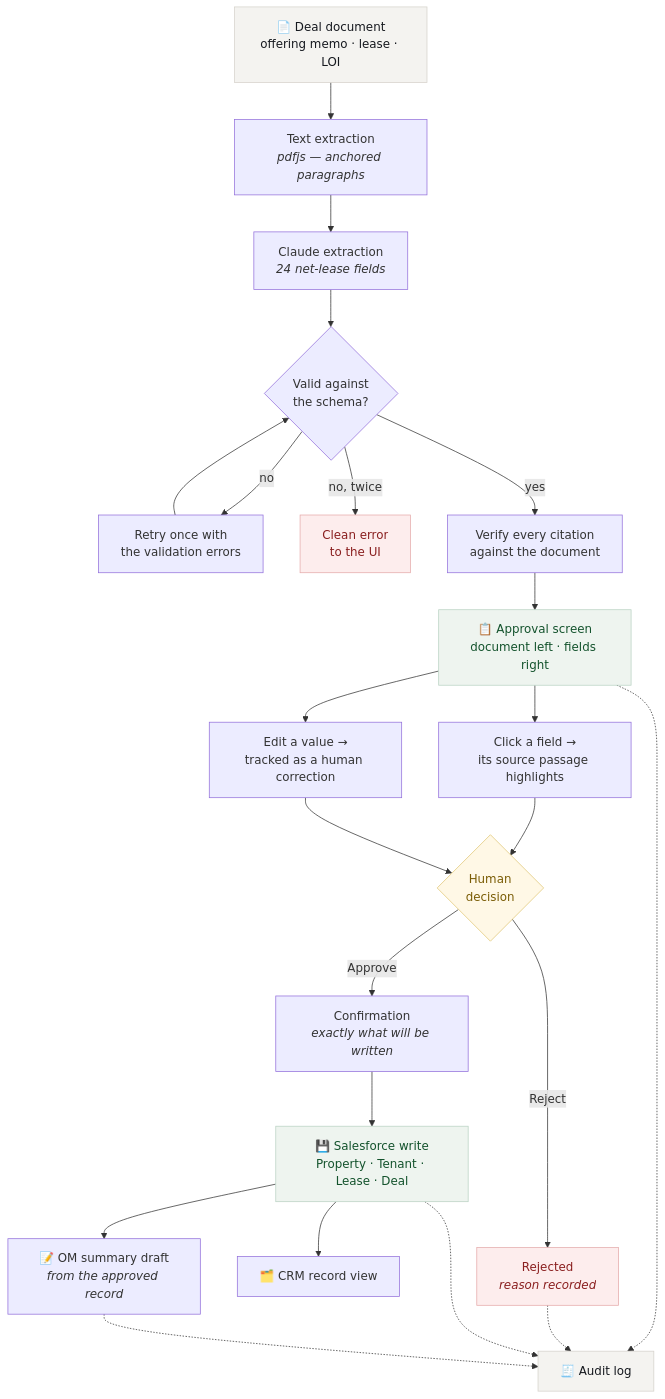
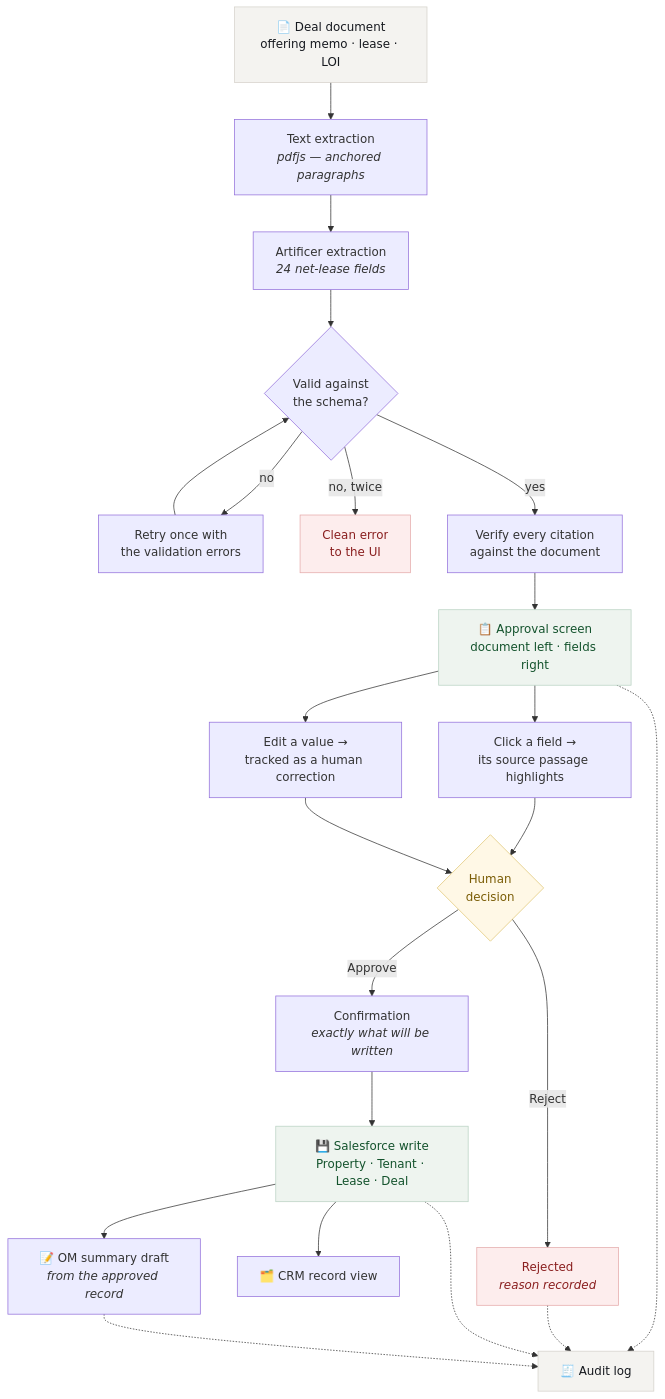
The first of 2 diagrams in README.md (sjzavala/artificer), drawn with Mermaid before and after one commit. The commit also changed other lines of this file and 21 other files, not shown here.

````diff
--- a/README.md
+++ b/README.md
@@ -16,35 +16,35 @@
 ```mermaid
 flowchart TD
     A["📄 Deal document<br/>offering memo · lease · LOI"] --> B["Text extraction<br/><i>pdfjs — anchored paragraphs</i>"]
-    B --> C["Claude extraction<br/><i>24 net-lease fields</i>"]
+    B --> C["Artificer extraction<br/><i>24 net-lease fields</i>"]
     C --> D{"Valid against<br/>the schema?"}
     D -- no --> E["Retry once with<br/>the validation errors"]
     E --> D
     D -- "no, twice" --> F["Clean error<br/>to the UI"]
     D -- yes --> G["Verify every citation<br/>against the document"]
     G --> H["📋 Approval screen<br/>document left · fields right"]
 
     H --> I["Click a field →<br/>its source passage highlights"]
     H --> J["Edit a value →<br/>tracked as a human correction"]
     I --> K{"Human<br/>decision"}
     J --> K
 
     K -- Reject --> L["Rejected<br/><i>reason recorded</i>"]
     K -- Approve --> M["Confirmation<br/><i>exactly what will be written</i>"]
     M --> N["💾 Salesforce write<br/>Property · Tenant · Lease · Deal"]
     N --> O["🗂️ CRM record view"]
     N --> P["📝 OM summary draft<br/><i>from the approved record</i>"]
 
     H -.-> Q["🧾 Audit log"]
     L -.-> Q
     N -.-> Q
     P -.-> Q
 
     style A fill:#f4f3f0,stroke:#d5d2cb,color:#16191f
     style H fill:#eef4ef,stroke:#b9d2c3,color:#14532d
     style K fill:#fff8e6,stroke:#e0c675,color:#7a5c05
     style N fill:#eef4ef,stroke:#b9d2c3,color:#14532d
     style Q fill:#f4f3f0,stroke:#d5d2cb,color:#16191f
     style F fill:#fdeded,stroke:#e5aaaa,color:#8a1f1f
     style L fill:#fdeded,stroke:#e5aaaa,color:#8a1f1f
 ```
````
